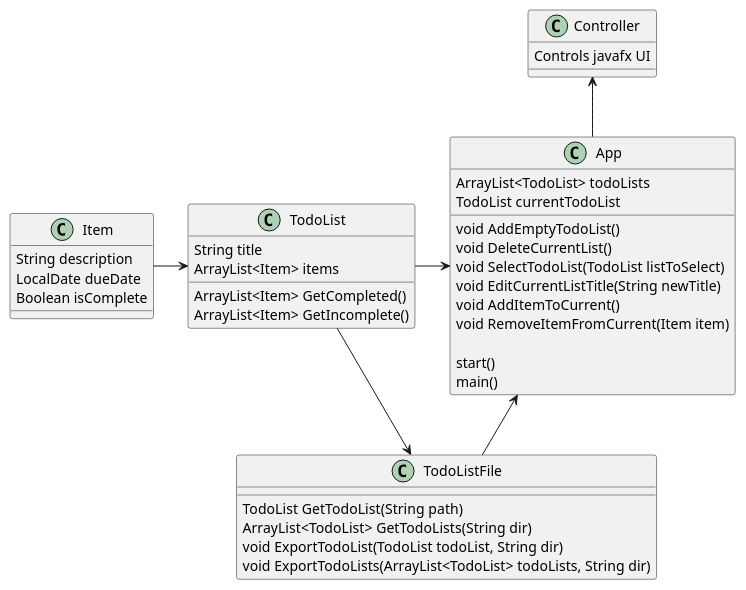
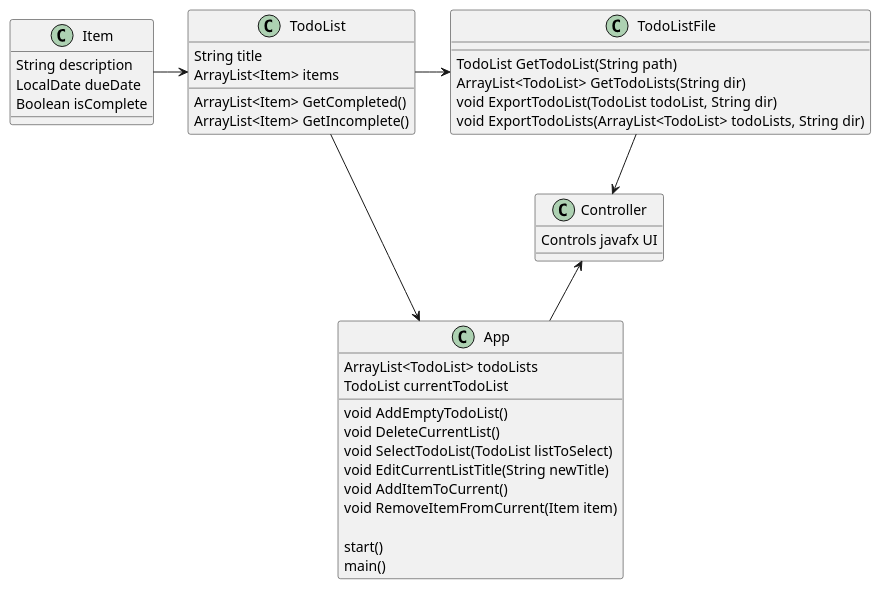
The diagram in uml/ClassDiagram.puml (davethewiz/gershman-cop3330-assignment4part2), drawn with PlantUML before and after one commit. The commit also changed 8 other files, not shown here.

```diff
--- a/uml/ClassDiagram.puml
+++ b/uml/ClassDiagram.puml
@@ -1,49 +1,49 @@
 @startuml
 'https://plantuml.com/class-diagram
 
 Item -> TodoList
-App <-- TodoListFile
+TodoListFile --> Controller
 TodoList -> TodoListFile
 TodoList -> App
 Controller <-- App
 
 class Controller {
     Controls javafx UI
 }
 
 class Item {
     String description
     LocalDate dueDate
     Boolean isComplete
 }
 
 class TodoList {
     String title
     ArrayList<Item> items
     ArrayList<Item> GetCompleted()
     ArrayList<Item> GetIncomplete()
 }
 
 class TodoListFile {
     TodoList GetTodoList(String path)
     ArrayList<TodoList> GetTodoLists(String dir)
     void ExportTodoList(TodoList todoList, String dir)
     void ExportTodoLists(ArrayList<TodoList> todoLists, String dir)
 }
 
 class App {
     ArrayList<TodoList> todoLists
     TodoList currentTodoList
 
     void AddEmptyTodoList()
     void DeleteCurrentList()
     void SelectTodoList(TodoList listToSelect)
     void EditCurrentListTitle(String newTitle)
     void AddItemToCurrent()
     void RemoveItemFromCurrent(Item item)
 
     start()
     main()
 }
 
 @enduml
```
